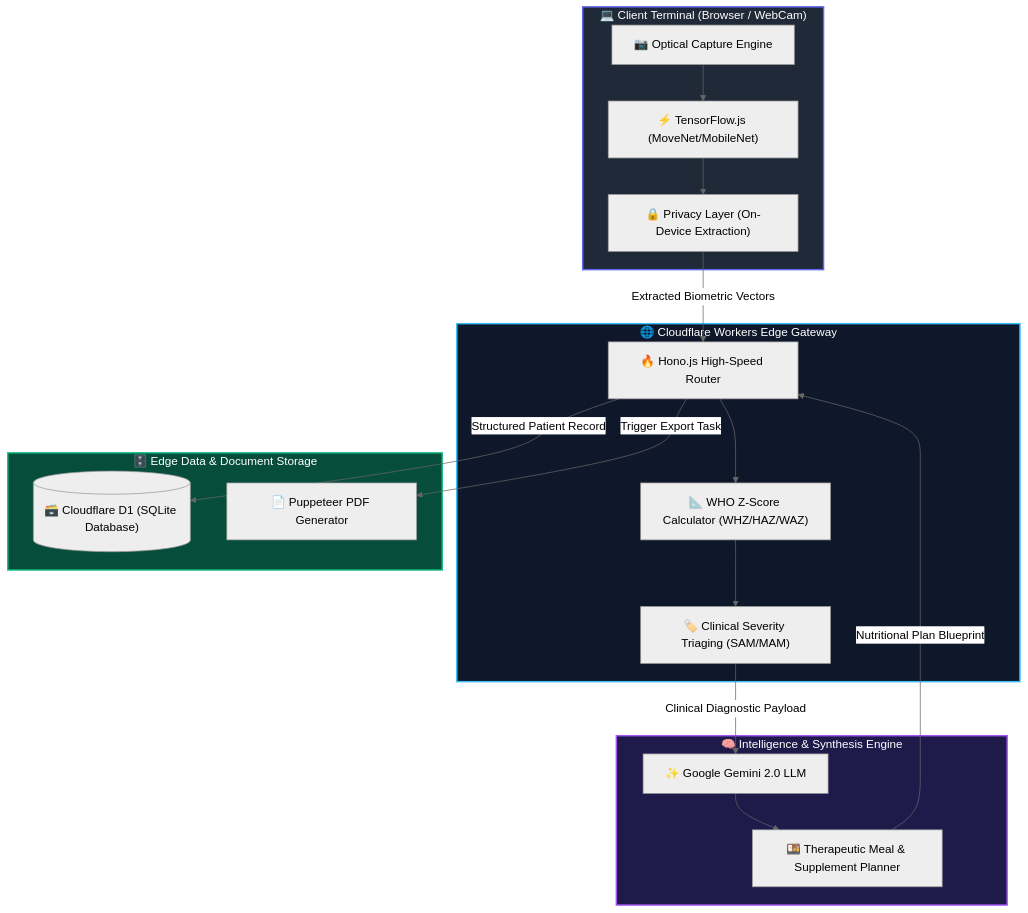
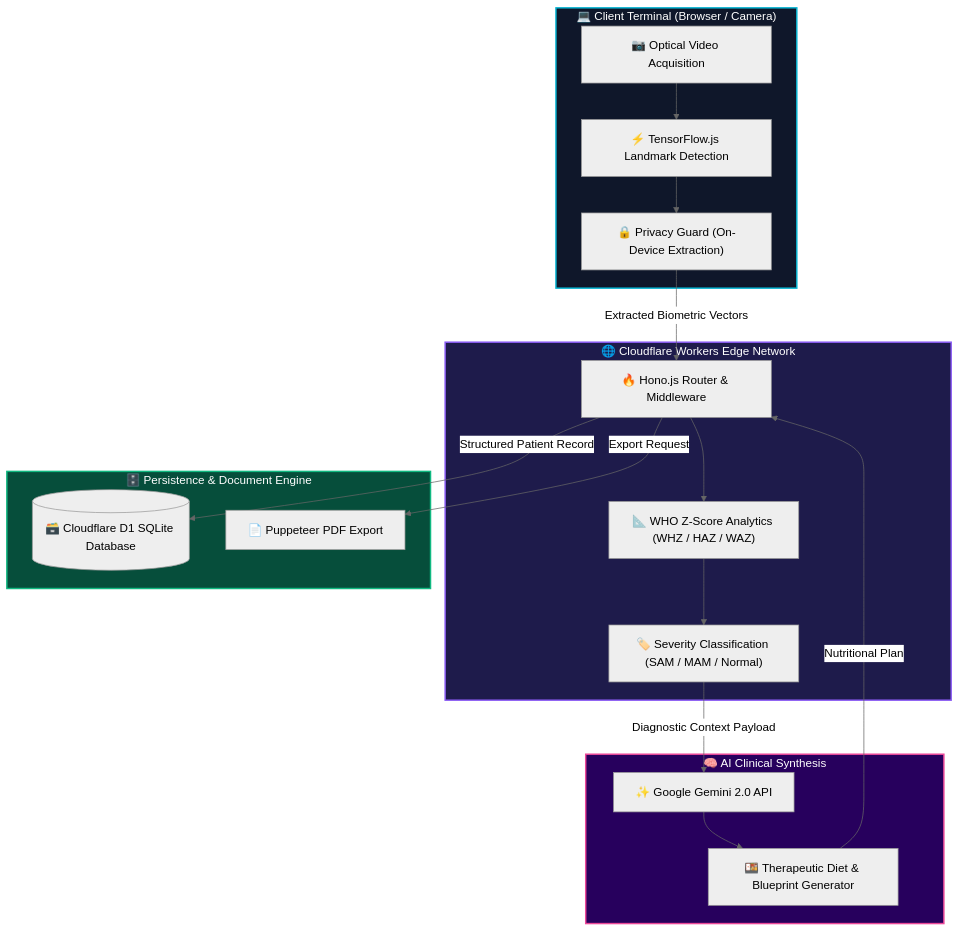
The diagram in README.md (vigneshaadepu/Nutriscan_AI), drawn with Mermaid (neutral theme) before and after one commit. The commit also changed other lines of this file, not shown here.

````diff
--- a/README.md
+++ b/README.md
@@ -95,44 +135,44 @@
 ```mermaid
 flowchart TD
-    %% Styling Definitions
-    classDef client fill:#1f2937,stroke:#6366f1,stroke-width:2px,color:#fff;
-    classDef edge fill:#0f172a,stroke:#38bdf8,stroke-width:2px,color:#fff;
-    classDef ai fill:#1e1b4b,stroke:#a855f7,stroke-width:2px,color:#fff;
-    classDef db fill:#064e3b,stroke:#10b981,stroke-width:2px,color:#fff;
+    %% Custom Vibrant Node Styling
+    classDef client fill:#0f172a,stroke:#06B6D4,stroke-width:2px,color:#fff;
+    classDef edge fill:#1e1b4b,stroke:#8B5CF6,stroke-width:2px,color:#fff;
+    classDef ai fill:#27005D,stroke:#EC4899,stroke-width:2px,color:#fff;
+    classDef persistence fill:#064E3B,stroke:#10B981,stroke-width:2px,color:#fff;
 
-    subgraph Client ["💻 Client Terminal (Browser / WebCam)"]
-        Cam["📷 Optical Capture Engine"]
-        TFJS["⚡ TensorFlow.js (MoveNet/MobileNet)"]
-        Priv["🔒 Privacy Layer (On-Device Extraction)"]
-        Cam --> TFJS --> Priv
+    subgraph Client ["💻 Client Terminal (Browser / Camera)"]
+        Cam["📷 Optical Video Acquisition"]
+        TFJS["⚡ TensorFlow.js Landmark Detection"]
+        Privacy["🔒 Privacy Guard (On-Device Extraction)"]
+        Cam --> TFJS --> Privacy
     end
 
-    subgraph Edge ["🌐 Cloudflare Workers Edge Gateway"]
-        Hono["🔥 Hono.js High-Speed Router"]
-        ZEngine["📐 WHO Z-Score Calculator (WHZ/HAZ/WAZ)"]
-        Triage["🏷️ Clinical Severity Triaging (SAM/MAM)"]
-        Hono --> ZEngine --> Triage
+    subgraph EdgeGateway ["🌐 Cloudflare Workers Edge Network"]
+        Hono["🔥 Hono.js Router & Middleware"]
+        WHOEngine["📐 WHO Z-Score Analytics (WHZ / HAZ / WAZ)"]
+        TriageEngine["🏷️ Severity Classification (SAM / MAM / Normal)"]
+        Hono --> WHOEngine --> TriageEngine
     end
 
-    subgraph AI ["🧠 Intelligence & Synthesis Engine"]
-        Gemini["✨ Google Gemini 2.0 LLM"]
-        DietGen["🍱 Therapeutic Meal & Supplement Planner"]
-        Gemini --> DietGen
+    subgraph Intelligence ["🧠 AI Clinical Synthesis"]
+        Gemini["✨ Google Gemini 2.0 API"]
+        DietPlanner["🍱 Therapeutic Diet & Blueprint Generator"]
+        Gemini --> DietPlanner
     end
 
-    subgraph Persistence ["🗄️ Edge Data & Document Storage"]
-        D1[("🗃️ Cloudflare D1 (SQLite Database)")]
-        Puppeteer["📄 Puppeteer PDF Generator"]
+    subgraph Storage ["🗄️ Persistence & Document Engine"]
+        D1[("🗃️ Cloudflare D1 SQLite Database")]
+        Puppeteer["📄 Puppeteer PDF Export"]
     end
 
-    Priv -->|Extracted Biometric Vectors| Hono
-    Triage -->|Clinical Diagnostic Payload| Gemini
-    DietGen -->|Nutritional Plan Blueprint| Hono
+    Privacy -->|Extracted Biometric Vectors| Hono
+    TriageEngine -->|Diagnostic Context Payload| Gemini
+    DietPlanner -->|Nutritional Plan| Hono
     Hono -->|Structured Patient Record| D1
-    Hono -->|Trigger Export Task| Puppeteer
+    Hono -->|Export Request| Puppeteer
 
     class Client client;
-    class Edge edge;
-    class AI ai;
-    class Persistence db;
+    class EdgeGateway edge;
+    class Intelligence ai;
+    class Storage persistence;
 ```
````
